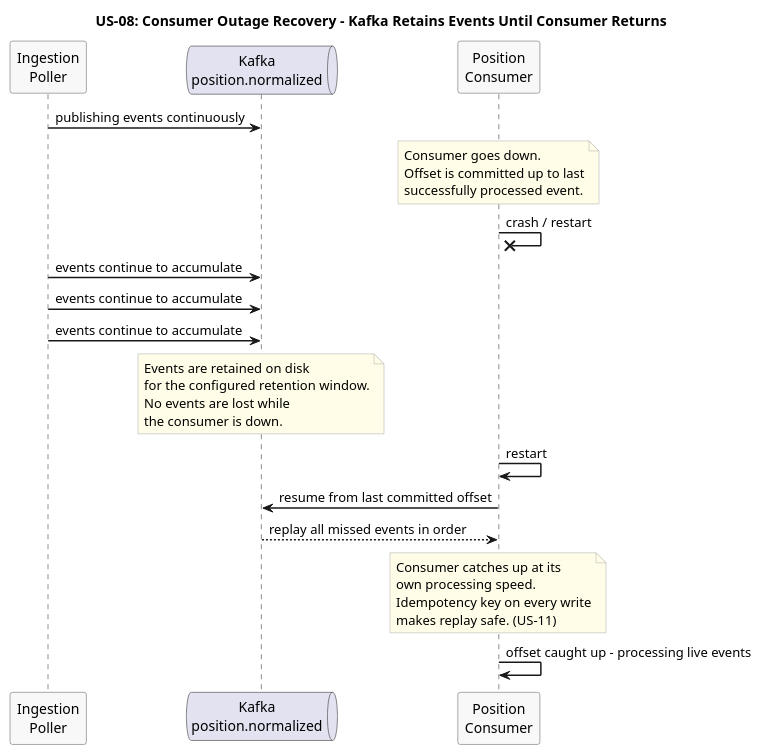
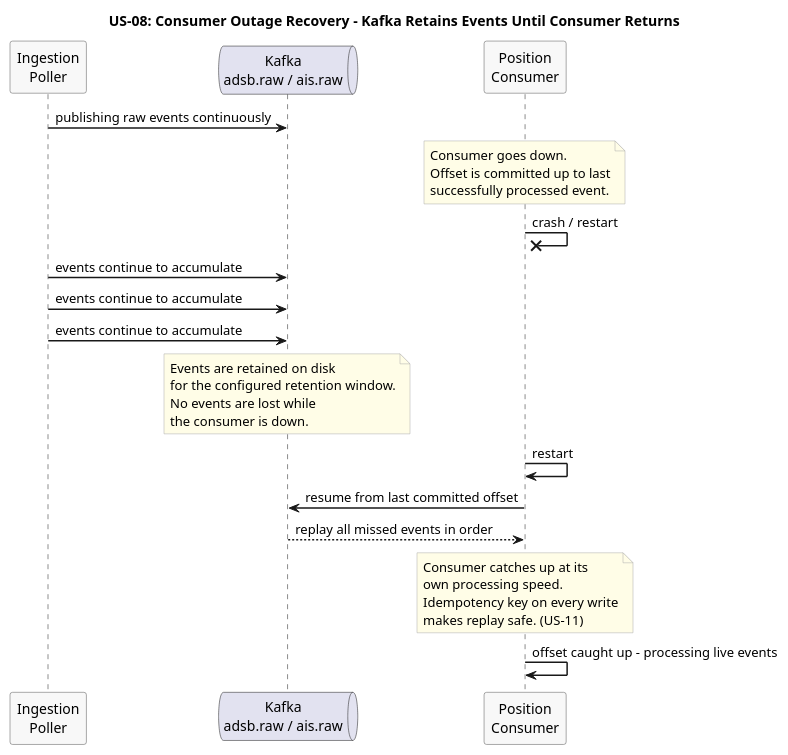
Before and after one commit to Buffden/sentinel: the diagram in docs/use-cases/US-08-ingestion-reliability/consumer-outage-recovery.puml, drawn with PlantUML. The commit also changed 4 other files, not shown here.

Commit message:
docs: fix two-stage Kafka pipeline in diagrams - poller publishes to adsb.raw, position consumer normalizes and forwards to position.normalized

```diff
--- a/docs/use-cases/US-08-ingestion-reliability/consumer-outage-recovery.puml
+++ b/docs/use-cases/US-08-ingestion-reliability/consumer-outage-recovery.puml
@@ -1,49 +1,49 @@
 @startuml consumer-outage-recovery
 title US-08: Consumer Outage Recovery - Kafka Retains Events Until Consumer Returns
 
 skinparam sequenceArrowThickness 1.5
 skinparam participantBorderColor #555555
 skinparam participantBackgroundColor #F8F8F8
 skinparam noteBorderColor #AAAAAA
 skinparam noteBackgroundColor #FFFDE7
 
 participant "Ingestion\nPoller" as Poller
-queue "Kafka\nposition.normalized" as Kafka
+queue "Kafka\nadsb.raw / ais.raw" as Kafka
 participant "Position\nConsumer" as Consumer
 
-Poller -> Kafka : publishing events continuously
+Poller -> Kafka : publishing raw events continuously
 
 note over Consumer
   Consumer goes down.
   Offset is committed up to last
   successfully processed event.
 end note
 
 Consumer ->x Consumer : crash / restart
 
 Poller -> Kafka : events continue to accumulate
 Poller -> Kafka : events continue to accumulate
 Poller -> Kafka : events continue to accumulate
 
 note over Kafka
   Events are retained on disk
   for the configured retention window.
   No events are lost while
   the consumer is down.
 end note
 
 Consumer -> Consumer : restart
 
 Consumer -> Kafka : resume from last committed offset
 Kafka --> Consumer : replay all missed events in order
 
 note over Consumer
   Consumer catches up at its
   own processing speed.
   Idempotency key on every write
   makes replay safe. (US-11)
 end note
 
 Consumer -> Consumer : offset caught up - processing live events
 
 @enduml
```
